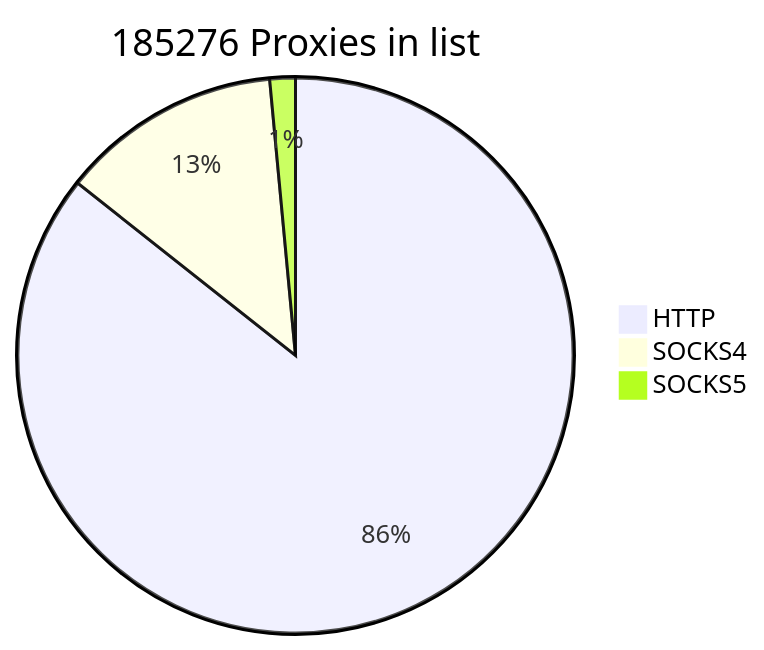
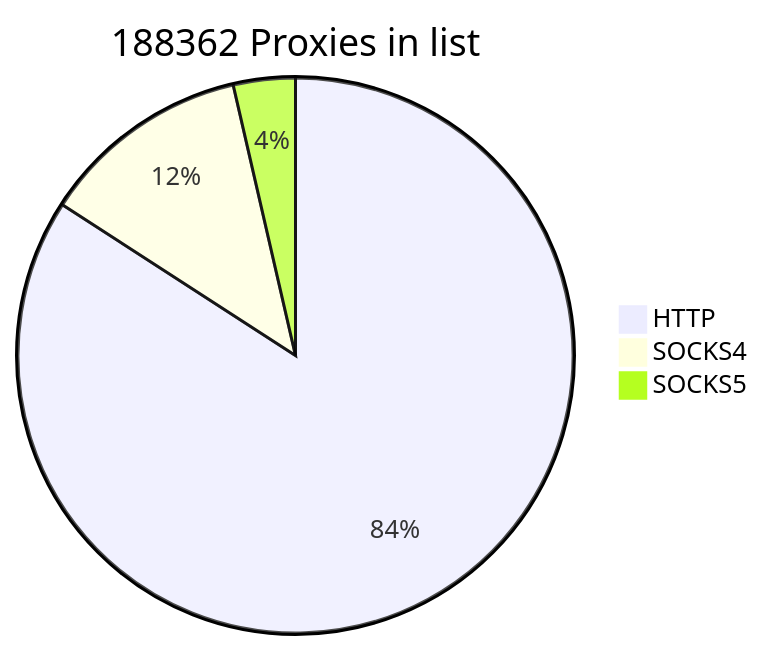
One commit to cutipu/proxylist changed the first of 2 diagrams in README.md. Above: the diagram before and after it, drawn with Mermaid. The commit also changed other lines of this file, not shown here.

````diff
--- a/README.md
+++ b/README.md
@@ -2,7 +2,7 @@
 ```mermaid
-pie title 185276 Proxies in list
-    "HTTP" : 158704
-    "SOCKS4" : 23816
-    "SOCKS5" : 2756
+pie title 188362 Proxies in list
+    "HTTP" : 158477
+    "SOCKS4" : 23099
+    "SOCKS5" : 6786
             
 ```
````
